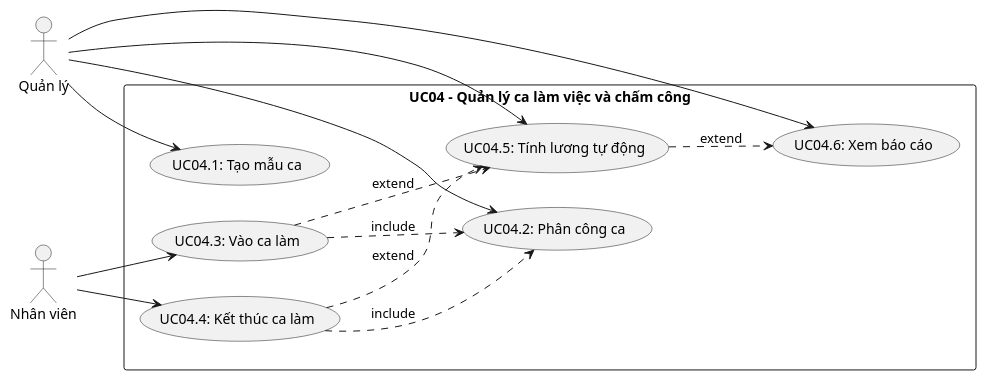
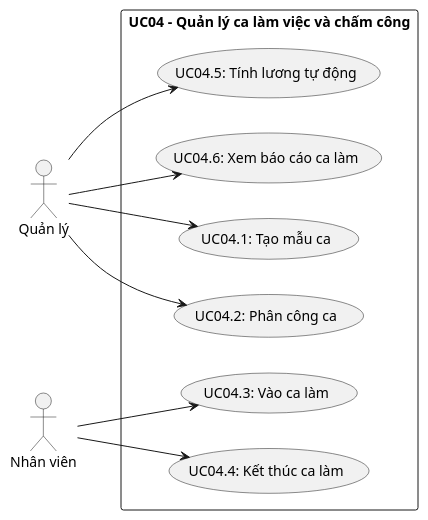
Before and after one commit to Elkayee/doc-automation-suite: the first of 2 diagrams in chapters/Ch08_CHƯƠNG_6_NGHIÊN_CỨU_CHUYÊN_SÂU_—_USE_CA.md, drawn with PlantUML. The commit also changed other lines of this file and 1 other file, not shown here.

````diff
--- a/chapters/Ch08_CHƯƠNG_6_NGHIÊN_CỨU_CHUYÊN_SÂU_—_USE_CA.md
+++ b/chapters/Ch08_CHƯƠNG_6_NGHIÊN_CỨU_CHUYÊN_SÂU_—_USE_CA.md
@@ -11,29 +9,23 @@
 ```plantuml
 @startuml
 left to right direction
 actor "Quản lý" as Manager
 actor "Nhân viên" as Employee
 
 rectangle "UC04 - Quản lý ca làm việc và chấm công" {
   usecase "UC04.1: Tạo mẫu ca" as UC041
   usecase "UC04.2: Phân công ca" as UC042
   usecase "UC04.3: Vào ca làm" as UC043
   usecase "UC04.4: Kết thúc ca làm" as UC044
   usecase "UC04.5: Tính lương tự động" as UC045
-  usecase "UC04.6: Xem báo cáo" as UC046
+  usecase "UC04.6: Xem báo cáo ca làm" as UC046
 }
 
 Manager --> UC041
 Manager --> UC042
 Manager --> UC045
 Manager --> UC046
 Employee --> UC043
 Employee --> UC044
-
-UC043 ..> UC042 : include
-UC044 ..> UC042 : include
-UC043 ..> UC045 : extend
-UC044 ..> UC045 : extend
-UC045 ..> UC046 : extend
 @enduml
 ```
````
